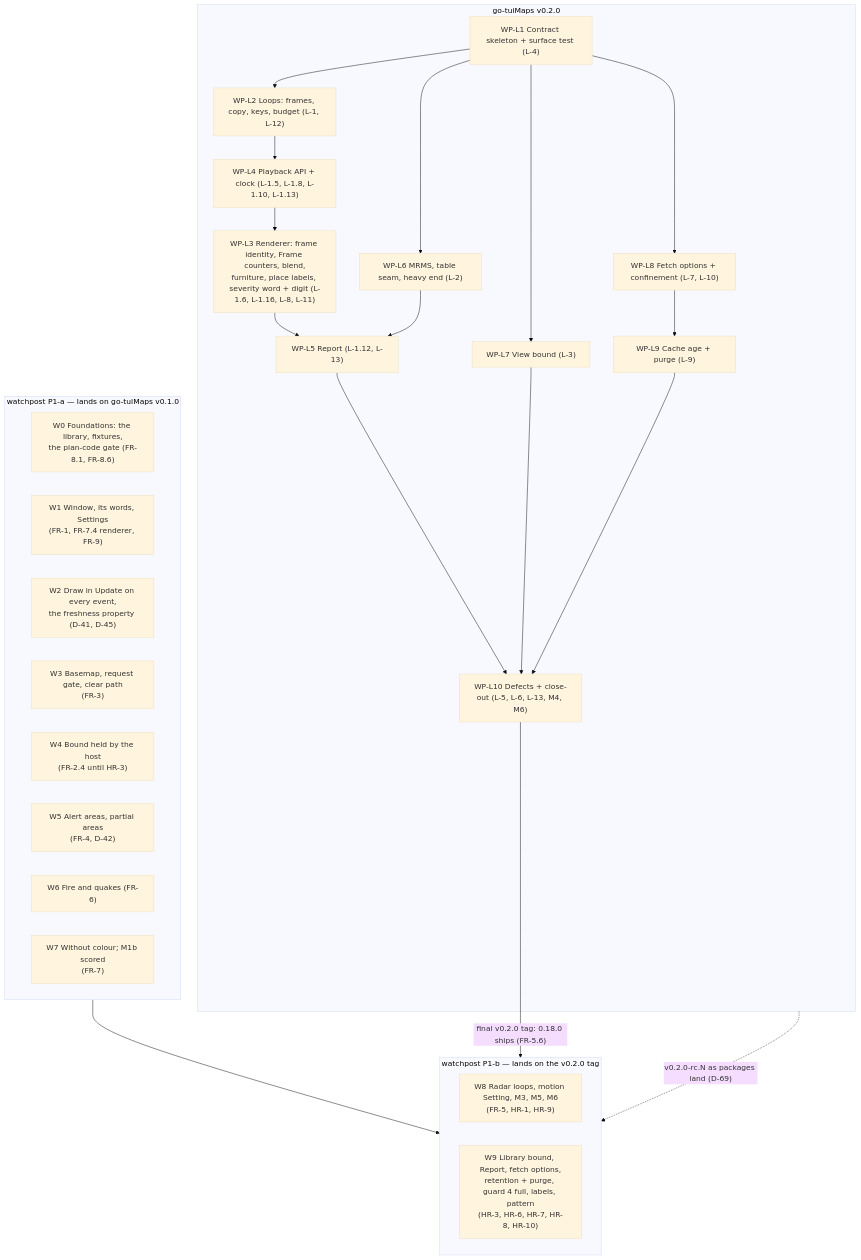
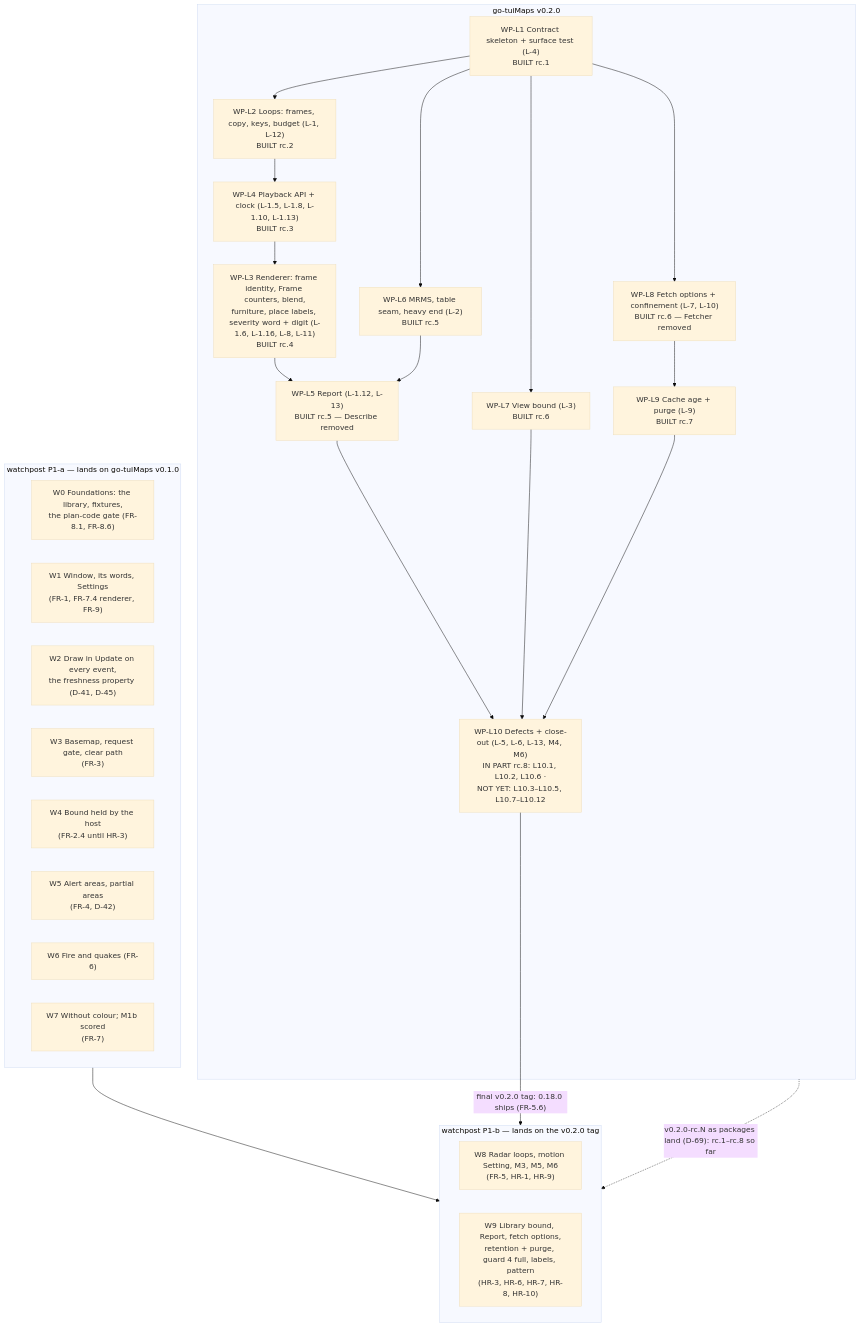
One commit to branden-thompson/go-tuimaps changed the diagram in 06_docs/02_features/radar-loops/03-architecture-design/integration-map.md. Above: the diagram before and after it, drawn with Mermaid (base theme). The commit also changed other lines of this file and 20 other files, not shown here.

````diff
--- a/06_docs/02_features/radar-loops/03-architecture-design/integration-map.md
+++ b/06_docs/02_features/radar-loops/03-architecture-design/integration-map.md
@@ -19,39 +21,39 @@
 ```mermaid
 flowchart TB
   subgraph WP1["watchpost P1-a — lands on go-tuiMaps v0.1.0"]
     W0["W0 Foundations: the library, fixtures,<br/>the plan-code gate (FR-8.1, FR-8.6)"]
     W1["W1 Window, its words, Settings<br/>(FR-1, FR-7.4 renderer, FR-9)"]
     W2["W2 Draw in Update on every event,<br/>the freshness property (D-41, D-45)"]
     W3["W3 Basemap, request gate, clear path<br/>(FR-3)"]
     W4["W4 Bound held by the host<br/>(FR-2.4 until HR-3)"]
     W5["W5 Alert areas, partial areas<br/>(FR-4, D-42)"]
     W6["W6 Fire and quakes (FR-6)"]
     W7["W7 Without colour; M1b scored<br/>(FR-7)"]
   end
   subgraph LIB["go-tuiMaps v0.2.0"]
-    WPL1["WP-L1 Contract skeleton + surface test (L-4)"]
-    WPL2["WP-L2 Loops: frames, copy, keys, budget (L-1, L-12)"]
-    WPL4["WP-L4 Playback API + clock (L-1.5, L-1.8, L-1.10, L-1.13)"]
-    WPL3["WP-L3 Renderer: frame identity, Frame counters, blend,<br/>furniture, place labels, severity word + digit (L-1.6, L-1.16, L-8, L-11)"]
-    WPL5["WP-L5 Report (L-1.12, L-13)"]
-    WPL6["WP-L6 MRMS, table seam, heavy end (L-2)"]
-    WPL7["WP-L7 View bound (L-3)"]
-    WPL8["WP-L8 Fetch options + confinement (L-7, L-10)"]
-    WPL9["WP-L9 Cache age + purge (L-9)"]
-    WPL10["WP-L10 Defects + close-out (L-5, L-6, L-13, M4, M6)"]
+    WPL1["WP-L1 Contract skeleton + surface test (L-4)<br/>BUILT rc.1"]
+    WPL2["WP-L2 Loops: frames, copy, keys, budget (L-1, L-12)<br/>BUILT rc.2"]
+    WPL4["WP-L4 Playback API + clock (L-1.5, L-1.8, L-1.10, L-1.13)<br/>BUILT rc.3"]
+    WPL3["WP-L3 Renderer: frame identity, Frame counters, blend,<br/>furniture, place labels, severity word + digit (L-1.6, L-1.16, L-8, L-11)<br/>BUILT rc.4"]
+    WPL5["WP-L5 Report (L-1.12, L-13)<br/>BUILT rc.5 — Describe removed"]
+    WPL6["WP-L6 MRMS, table seam, heavy end (L-2)<br/>BUILT rc.5"]
+    WPL7["WP-L7 View bound (L-3)<br/>BUILT rc.6"]
+    WPL8["WP-L8 Fetch options + confinement (L-7, L-10)<br/>BUILT rc.6 — Fetcher removed"]
+    WPL9["WP-L9 Cache age + purge (L-9)<br/>BUILT rc.7"]
+    WPL10["WP-L10 Defects + close-out (L-5, L-6, L-13, M4, M6)<br/>IN PART rc.8: L10.1, L10.2, L10.6 ·<br/>NOT YET: L10.3–L10.5, L10.7–L10.12"]
     WPL1 --> WPL2 --> WPL4 --> WPL3 --> WPL5
     WPL1 --> WPL6 --> WPL5
     WPL1 --> WPL7
     WPL1 --> WPL8 --> WPL9
     WPL5 --> WPL10
     WPL7 --> WPL10
     WPL9 --> WPL10
   end
   subgraph WP2["watchpost P1-b — lands on the v0.2.0 tag"]
     W8["W8 Radar loops, motion Setting, M3, M5, M6<br/>(FR-5, HR-1, HR-9)"]
     W9["W9 Library bound, Report, fetch options,<br/>retention + purge, guard 4 full, labels, pattern<br/>(HR-3, HR-6, HR-7, HR-8, HR-10)"]
   end
   WP1 --> WP2
   WPL10 -->|"final v0.2.0 tag: 0.18.0 ships (FR-5.6)"| WP2
-  LIB -.->|"v0.2.0-rc.N as packages land (D-69)"| WP2
+  LIB -.->|"v0.2.0-rc.N as packages land (D-69): rc.1–rc.8 so far"| WP2
 ```
````
